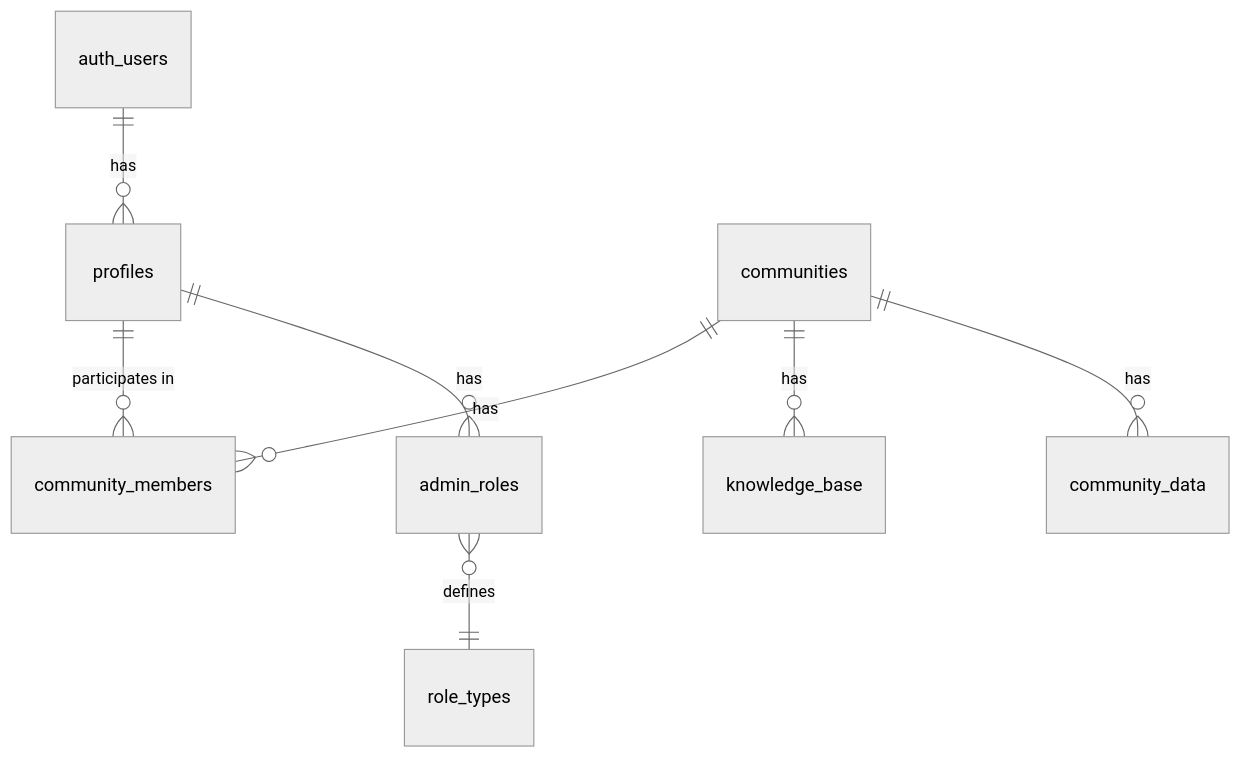
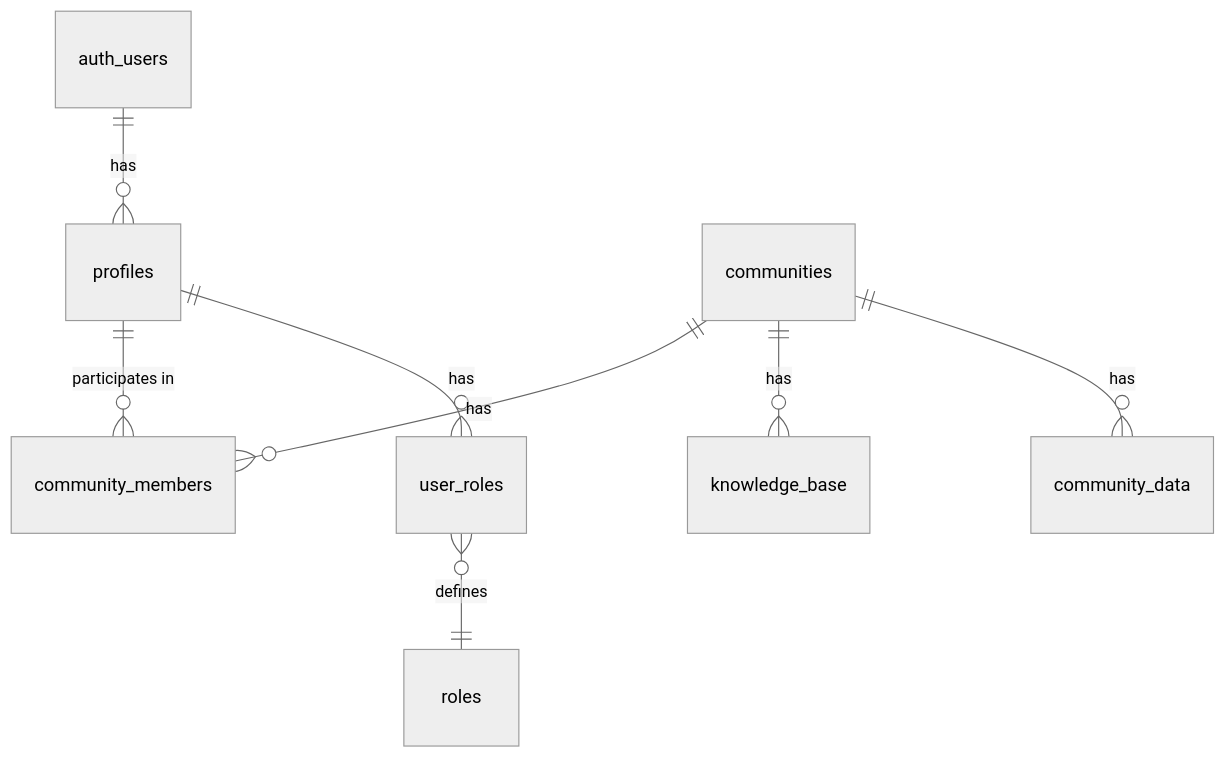
One commit to pollen8llc/pollen8-dcc changed the diagram in DOCUMENTATION.md. Above: the diagram before and after it, drawn with Mermaid (neutral theme). The commit also changed other lines of this file and 3 other files, not shown here.

````diff
--- a/DOCUMENTATION.md
+++ b/DOCUMENTATION.md
@@ -68,10 +69,10 @@
 ```mermaid
 erDiagram
     auth_users ||--o{ profiles : "has"
     profiles ||--o{ community_members : "participates in"
     communities ||--o{ community_members : "has"
     communities ||--o{ knowledge_base : "has"
-    profiles ||--o{ admin_roles : "has"
-    admin_roles }o--|| role_types : "defines"
+    profiles ||--o{ user_roles : "has"
+    user_roles }o--|| roles : "defines"
     communities ||--o{ community_data : "has"
 ```
````
